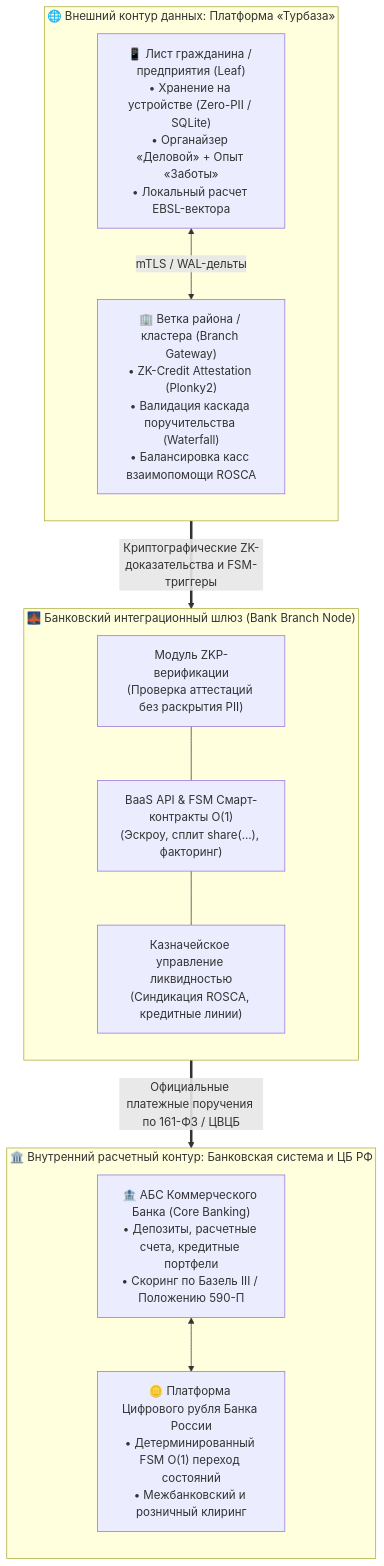
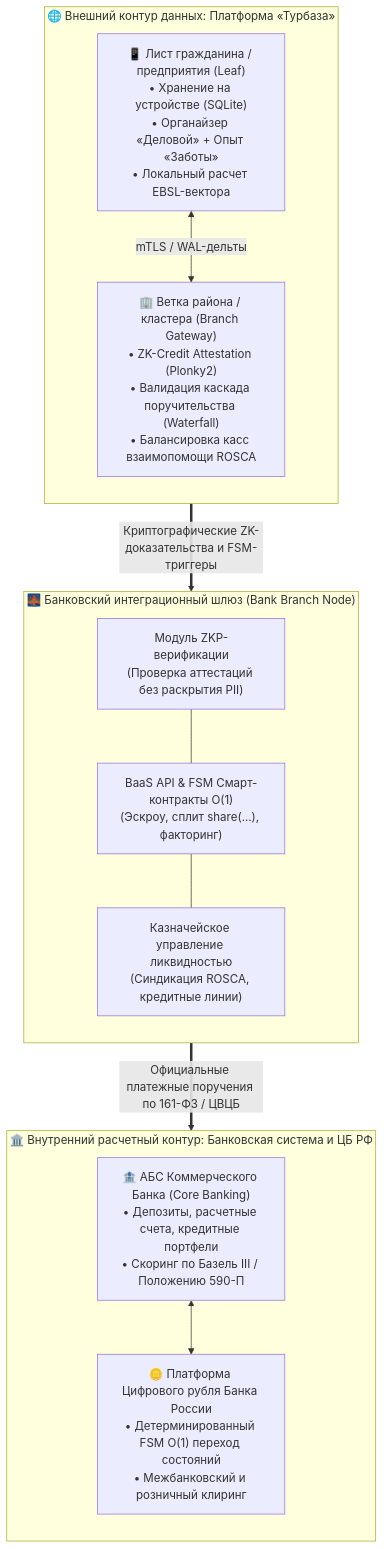
Diagram 12 of 17 in shared_docs/whitepapers/applications/sapoto/Sapoto_Reputation_and_Credit_System_Specification.md (Data-Independence-Network/presentations), drawn with Mermaid before and after one commit. The commit also changed other lines of this file and 10 other files, not shown here.

````diff
--- a/shared_docs/whitepapers/applications/sapoto/Sapoto_Reputation_and_Credit_System_Specification.md
+++ b/shared_docs/whitepapers/applications/sapoto/Sapoto_Reputation_and_Credit_System_Specification.md
@@ -1417,27 +1443,27 @@
 ```mermaid
 graph TD
     subgraph External ["🌐 Внешний контур данных: Платформа «Турбаза»"]
         direction TB
-        Leaf["📱 Лист гражданина / предприятия (Leaf)<br/>• Хранение на устройстве (Zero-PII / SQLite)<br/>• Органайзер «Деловой» + Опыт «Заботы»<br/>• Локальный расчет EBSL-вектора"]
+        Leaf["📱 Лист гражданина / предприятия (Leaf)<br/>• Хранение на устройстве (SQLite)<br/>• Органайзер «Деловой» + Опыт «Заботы»<br/>• Локальный расчет EBSL-вектора"]
         Branch["🏢 Ветка района / кластера (Branch Gateway)<br/>• ZK-Credit Attestation (Plonky2)<br/>• Валидация каскада поручительства (Waterfall)<br/>• Балансировка касс взаимопомощи ROSCA"]
         Leaf <-->|mTLS / WAL-дельты| Branch
     end
 
     subgraph BankGateway ["🌉 Банковский интеграционный шлюз (Bank Branch Node)"]
         direction TB
         Verifier["Модуль ZKP-верификации<br/>(Проверка аттестаций без раскрытия PII)"]
         BaaS["BaaS API & FSM Смарт-контракты O(1)<br/>(Эскроу, сплит share(...), факторинг)"]
         Treasury["Казначейское управление ликвидностью<br/>(Синдикация ROSCA, кредитные линии)"]
         Verifier --- BaaS --- Treasury
     end
 
     subgraph Internal ["🏛️ Внутренний расчетный контур: Банковская система и ЦБ РФ"]
         direction TB
         Core["🏦 АБС Коммерческого Банка (Core Banking)<br/>• Депозиты, расчетные счета, кредитные портфели<br/>• Скоринг по Базель III / Положению 590-П"]
         CBDC["🪙 Платформа Цифрового рубля Банка России<br/>• Детерминированный FSM O(1) переход состояний<br/>• Межбанковский и розничный клиринг"]
         Core <--> CBDC
     end
 
     External ==>|Криптографические ZK-доказательства и FSM-триггеры| BankGateway
     BankGateway ==>|Официальные платежные поручения по 161-ФЗ / ЦВЦБ| Internal
 ```
````
